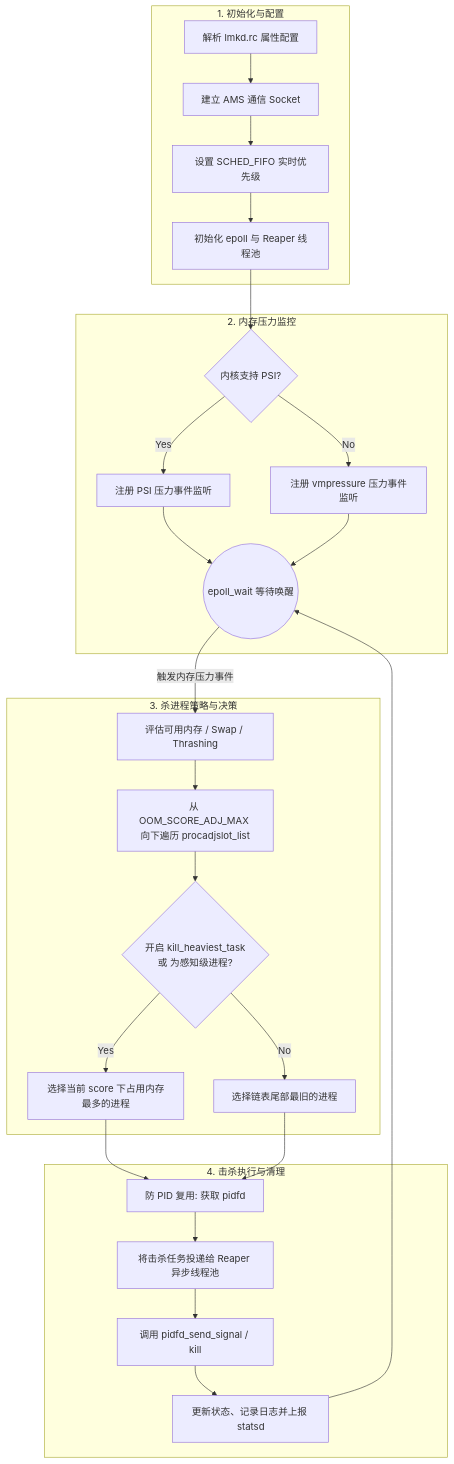
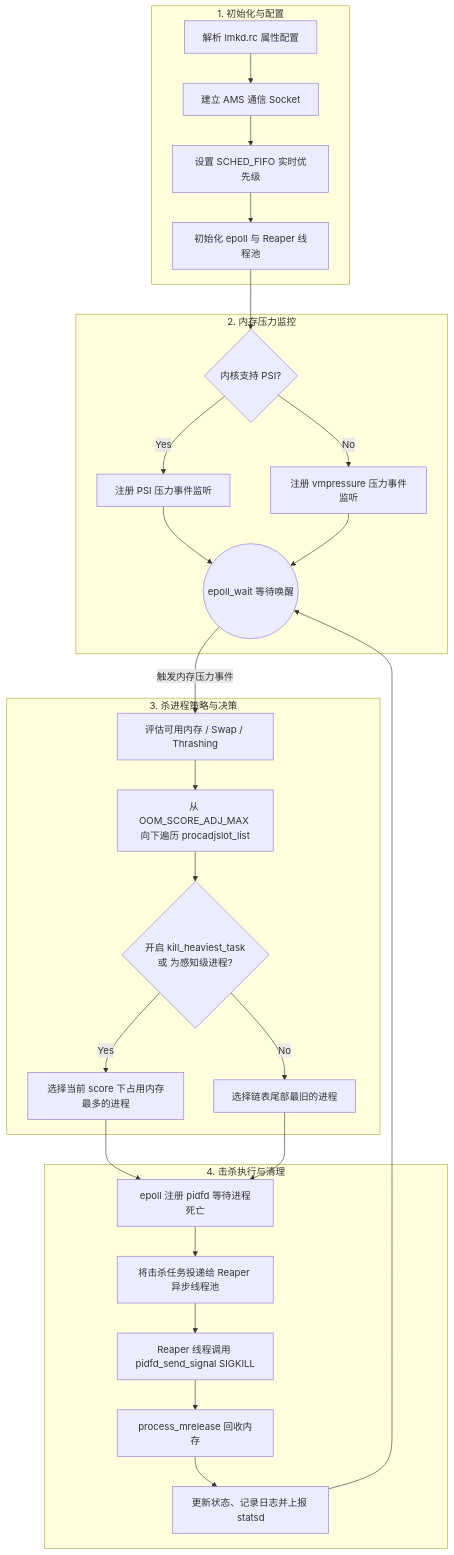
Before and after one commit to Ethen-Cao/ethenslab: the diagram in content/android-dev/perf-stab/lmkd.md, drawn with Mermaid. The commit also changed other lines of this file and 6 other files, not shown here.

````diff
--- a/content/android-dev/perf-stab/lmkd.md
+++ b/content/android-dev/perf-stab/lmkd.md
@@ -21,33 +21,34 @@
 ```mermaid
 graph TD
     subgraph Initialization ["1. 初始化与配置"]
         A[解析 lmkd.rc 属性配置] --> B[建立 AMS 通信 Socket]
         B --> C[设置 SCHED_FIFO 实时优先级]
         C --> D[初始化 epoll 与 Reaper 线程池]
     end
 
     subgraph Monitoring ["2. 内存压力监控"]
         D --> E{内核支持 PSI?}
         E -- Yes --> F[注册 PSI 压力事件监听]
         E -- No --> G[注册 vmpressure 压力事件监听]
         F --> H((epoll_wait 等待唤醒))
         G --> H
     end
 
     subgraph Strategy ["3. 杀进程策略与决策"]
         H -- 触发内存压力事件 --> I[评估可用内存 / Swap / Thrashing]
         I --> J[从 OOM_SCORE_ADJ_MAX 向下遍历 procadjslot_list]
         J --> K{开启 kill_heaviest_task <br> 或 为感知级进程?}
         K -- Yes --> L[选择当前 score 下占用内存最多的进程]
         K -- No --> M[选择链表尾部最旧的进程]
     end
 
     subgraph Execution ["4. 击杀执行与清理"]
-        L --> N[防 PID 复用: 获取 pidfd]
+        L --> N[epoll 注册 pidfd 等待进程死亡]
         M --> N
         N --> O[将击杀任务投递给 Reaper 异步线程池]
-        O --> P[调用 pidfd_send_signal / kill]
-        P --> Q[更新状态、记录日志并上报 statsd]
-        Q --> H
+        O --> P[Reaper 线程调用 pidfd_send_signal SIGKILL]
+        P --> Q[process_mrelease 回收内存]
+        Q --> R[更新状态、记录日志并上报 statsd]
+        R --> H
     end
 ```
````
